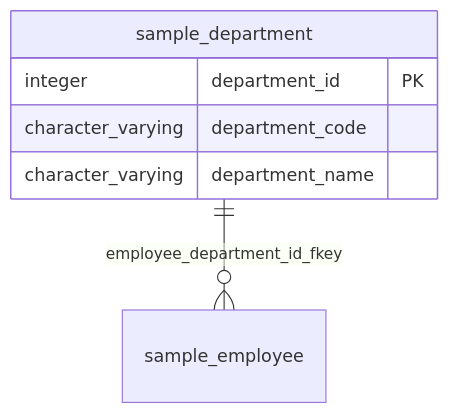
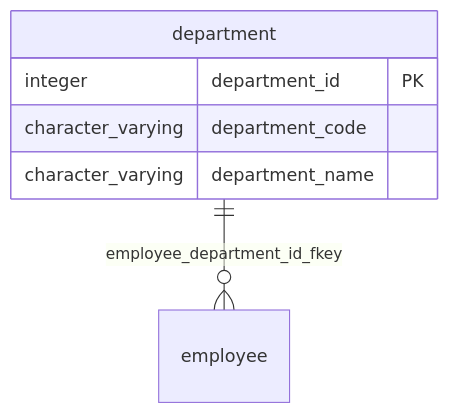
Before and after one commit to ebichan88/exportTableDefinition: the diagram in docs/sample/postgres/output/testdb/sample/table/department.md, drawn with Mermaid. The commit also changed other lines of this file and 46 other files, not shown here.

First line of the commit message:
ER図のエンティティ表示ラベルをMermaidの別名構文でテーブル名のみに簡素化

````diff
--- a/docs/sample/postgres/output/testdb/sample/table/department.md
+++ b/docs/sample/postgres/output/testdb/sample/table/department.md
@@ -60,9 +60,11 @@
 ```mermaid
 erDiagram
+    sample_department["department"]
+    sample_employee["employee"]
     sample_department ||--o{ sample_employee : "employee_department_id_fkey"
     sample_department {
         integer department_id PK
         character_varying department_code
         character_varying department_name
     }
 ```
````
